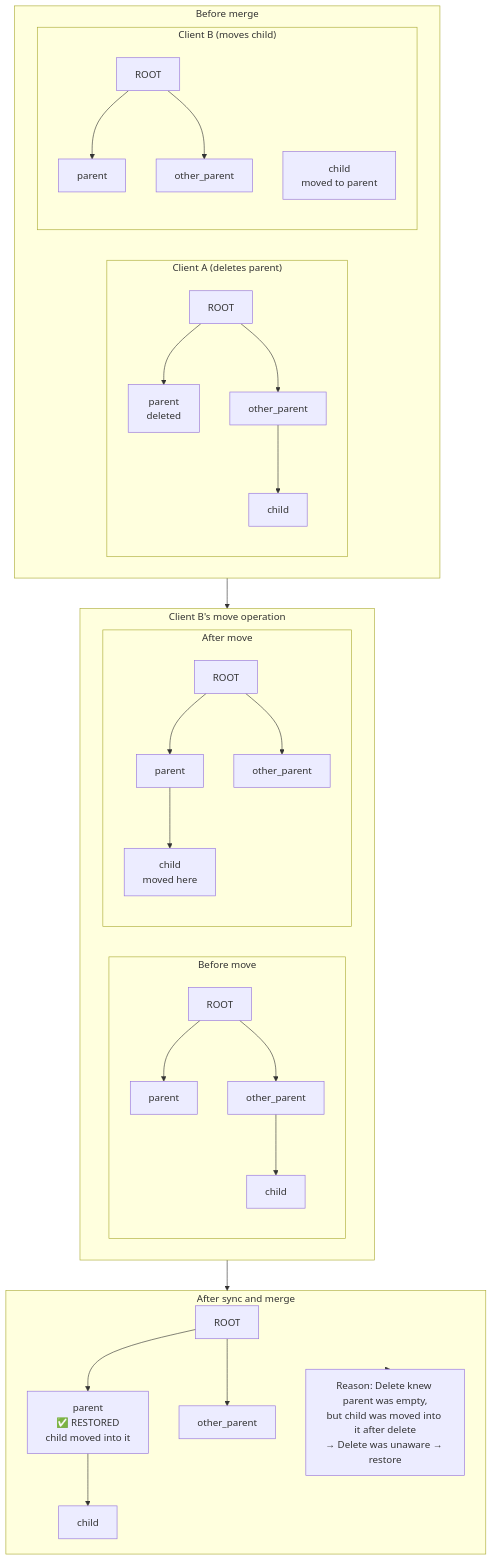
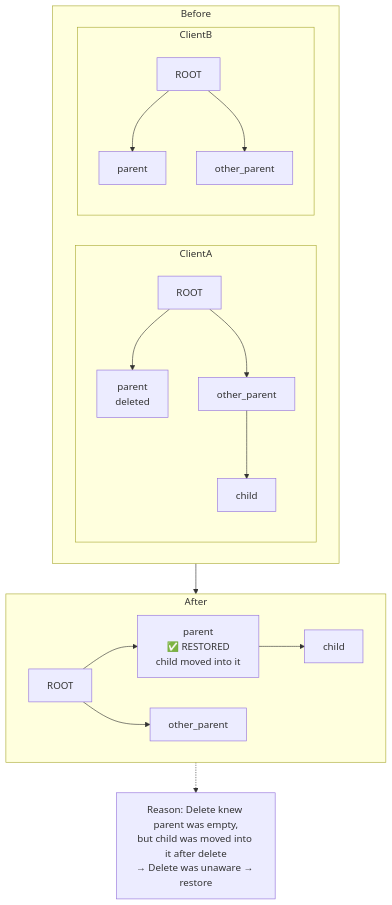
Before and after one commit to cybersemics/treecrdt: the sixth of 10 diagrams in docs/defensive-deletion/defensive-deletion.md, drawn with Mermaid. The commit also changed other lines of this file, not shown here.

Commit message:
docs: update diagrams

````diff
--- a/docs/defensive-deletion/defensive-deletion.md
+++ b/docs/defensive-deletion/defensive-deletion.md
@@ -280,60 +280,36 @@
 ```mermaid
 flowchart TD
-    subgraph Before["Before merge"]
-        subgraph ClientA["Client A (deletes parent)"]
+    subgraph Before
+        subgraph ClientA
             ROOT1[ROOT]
-            P1[parent<br/>deleted]
+            P1["parent<br/>deleted"]
             OP1[other_parent]
             C1[child]
             ROOT1 --> P1
             ROOT1 --> OP1
             OP1 --> C1
         end
         
-        subgraph ClientB["Client B (moves child)"]
+        subgraph ClientB
             ROOT2[ROOT]
             P2[parent]
             OP2[other_parent]
-            C2[child<br/>moved to parent]
             ROOT2 --> P2
             ROOT2 --> OP2
         end
     end
     
-    subgraph Move["Client B's move operation"]
-        subgraph BeforeMove["Before move"]
-            ROOT3[ROOT]
-            P3[parent]
-            OP3[other_parent]
-            C3[child]
-            ROOT3 --> P3
-            ROOT3 --> OP3
-            OP3 --> C3
-        end
-        
-        subgraph AfterMove["After move"]
-            ROOT4[ROOT]
-            P4[parent]
-            C4[child<br/>moved here]
-            OP4[other_parent]
-            ROOT4 --> P4
-            P4 --> C4
-            ROOT4 --> OP4
-        end
-    end
-    
-    subgraph After["After sync and merge"]
+    subgraph After
         ROOT5[ROOT]
-        P5[parent<br/>✅ RESTORED<br/>child moved into it]
+        P5["parent<br/>✅ RESTORED<br/>child moved into it"]
         C5[child]
         OP5[other_parent]
         ROOT5 --> P5
         P5 --> C5
         ROOT5 --> OP5
-        Reason["Reason: Delete knew parent was empty,<br/>but child was moved into it after delete<br/>→ Delete was unaware → restore"]
     end
     
-    Before --> Move
-    Move --> After
+    Before --> After
+    Reason["Reason: Delete knew parent was empty,<br/>but child was moved into it after delete<br/>→ Delete was unaware → restore"]
     After -.-> Reason
 ```
````
